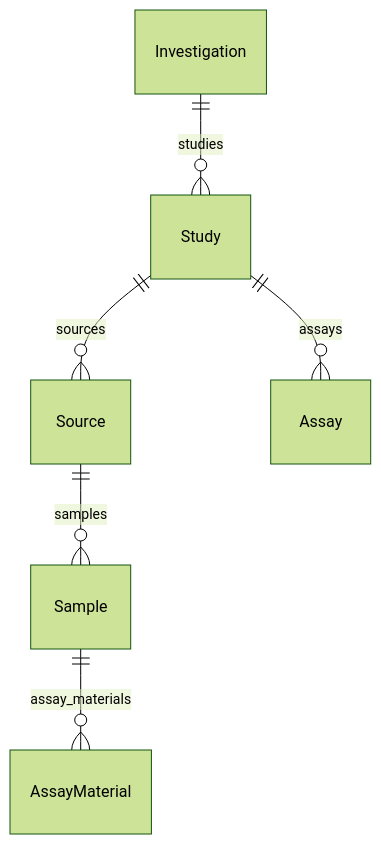
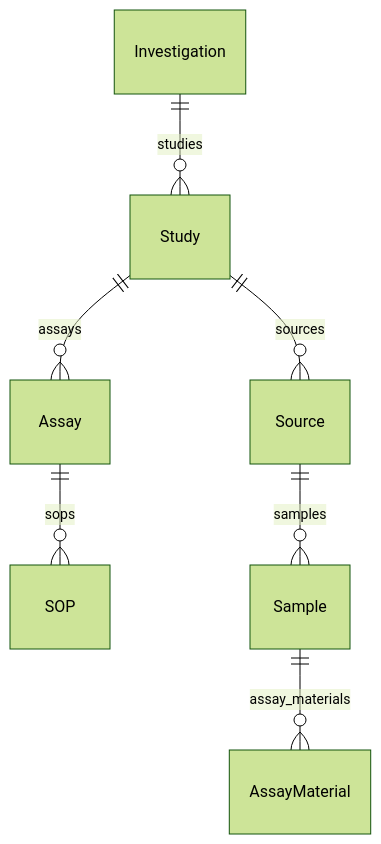
The diagram in docs/profiles/seek-ready-template.md (sorenwacker/metaseed), drawn with Mermaid (forest theme) before and after one commit. The commit also changed other lines of this file and 18 other files, not shown here.

Commit message:
A profile could not upload its protocols as SOPs because SEEK's role list had none; the SOP role registers each by its location and links it to its assay (#359)

````diff
--- a/docs/profiles/seek-ready-template.md
+++ b/docs/profiles/seek-ready-template.md
@@ -9,8 +9,9 @@
 ```mermaid
 erDiagram
     Investigation ||--o{ Study : studies
     Study ||--o{ Source : sources
     Study ||--o{ Assay : assays
+    Assay ||--o{ SOP : sops
     Source ||--o{ Sample : samples
     Sample ||--o{ AssayMaterial : assay_materials
 ```
````
